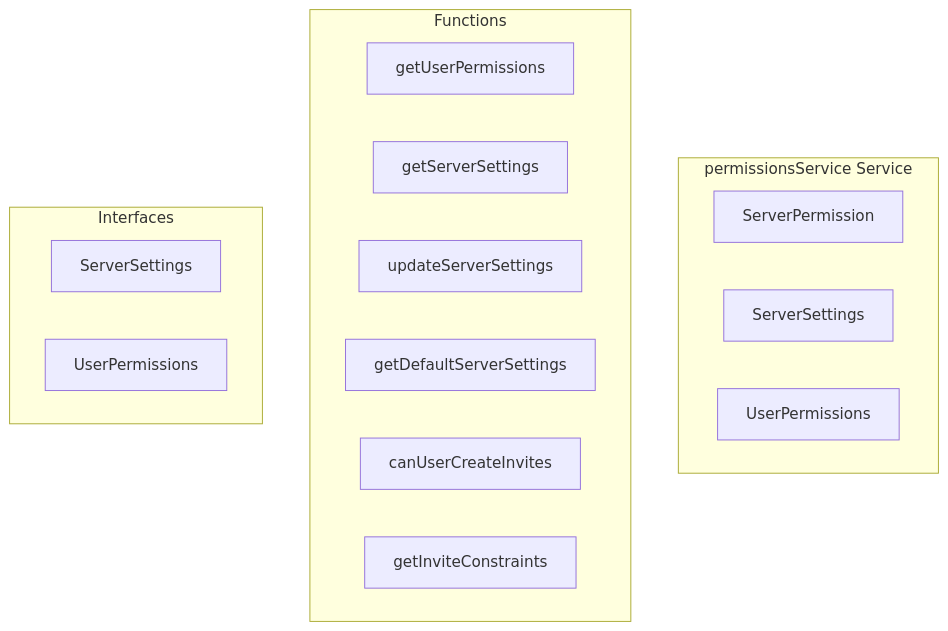
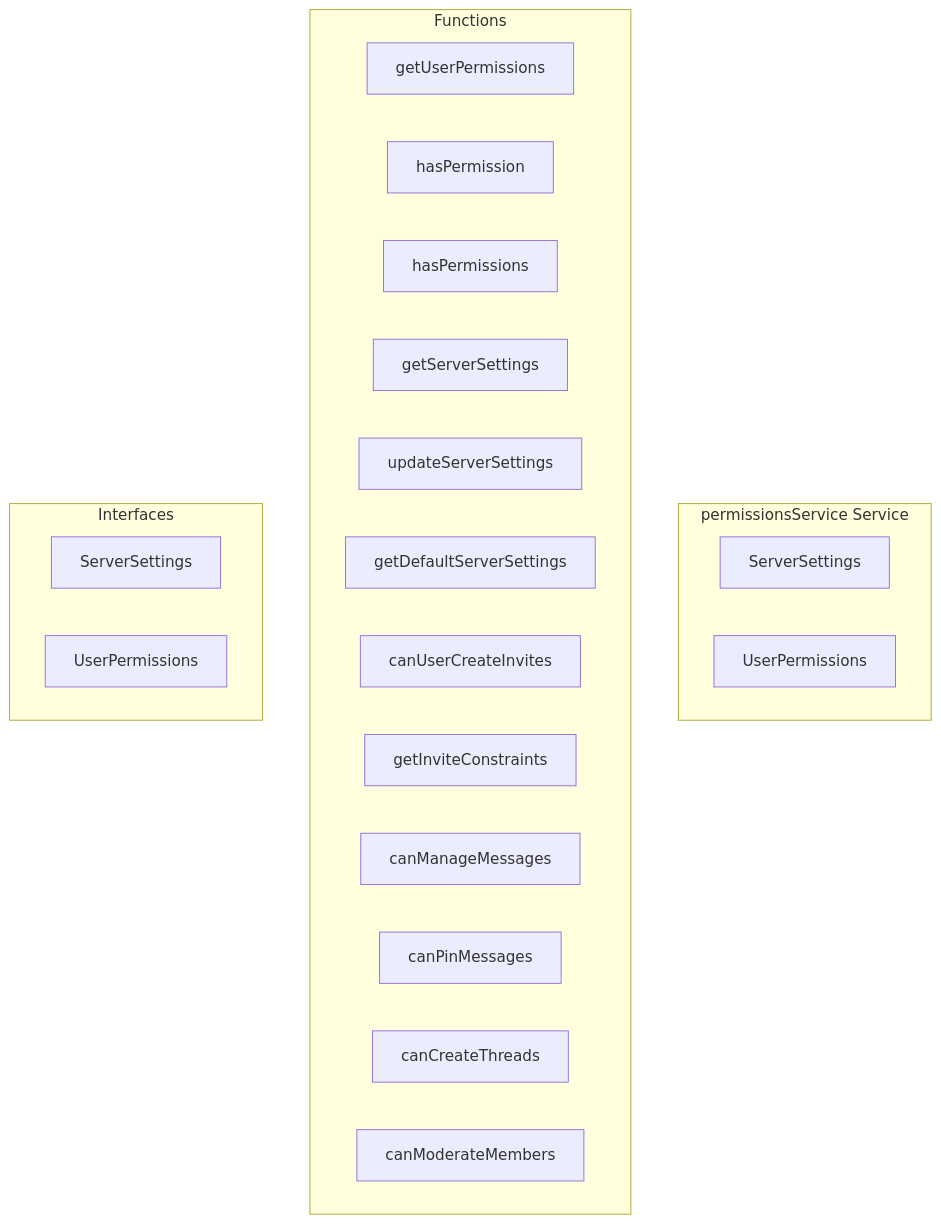
One commit to y4my4my4m/harmony changed the diagram in docs/api/services/permissionsservice.md. Above: the diagram before and after it, drawn with Mermaid. The commit also changed other lines of this file and 211 other files, not shown here.

````diff
--- a/docs/api/services/permissionsservice.md
+++ b/docs/api/services/permissionsservice.md
@@ -7,22 +7,27 @@
 ```mermaid
 graph TB
     subgraph "permissionsService Service"
-        SERVERPERMISSION[ServerPermission]
         SERVERSETTINGS[ServerSettings]
         USERPERMISSIONS[UserPermissions]
     end
     
     subgraph "Functions"
         FN_GETUSERPERMISSIONS[getUserPermissions]
+        FN_HASPERMISSION[hasPermission]
+        FN_HASPERMISSIONS[hasPermissions]
         FN_GETSERVERSETTINGS[getServerSettings]
         FN_UPDATESERVERSETTINGS[updateServerSettings]
         FN_GETDEFAULTSERVERSETTINGS[getDefaultServerSettings]
         FN_CANUSERCREATEINVITES[canUserCreateInvites]
         FN_GETINVITECONSTRAINTS[getInviteConstraints]
+        FN_CANMANAGEMESSAGES[canManageMessages]
+        FN_CANPINMESSAGES[canPinMessages]
+        FN_CANCREATETHREADS[canCreateThreads]
+        FN_CANMODERATEMEMBERS[canModerateMembers]
     end
     
     subgraph "Interfaces"
         INT_SERVERSETTINGS[ServerSettings]
         INT_USERPERMISSIONS[UserPermissions]
     end
 ```
````
